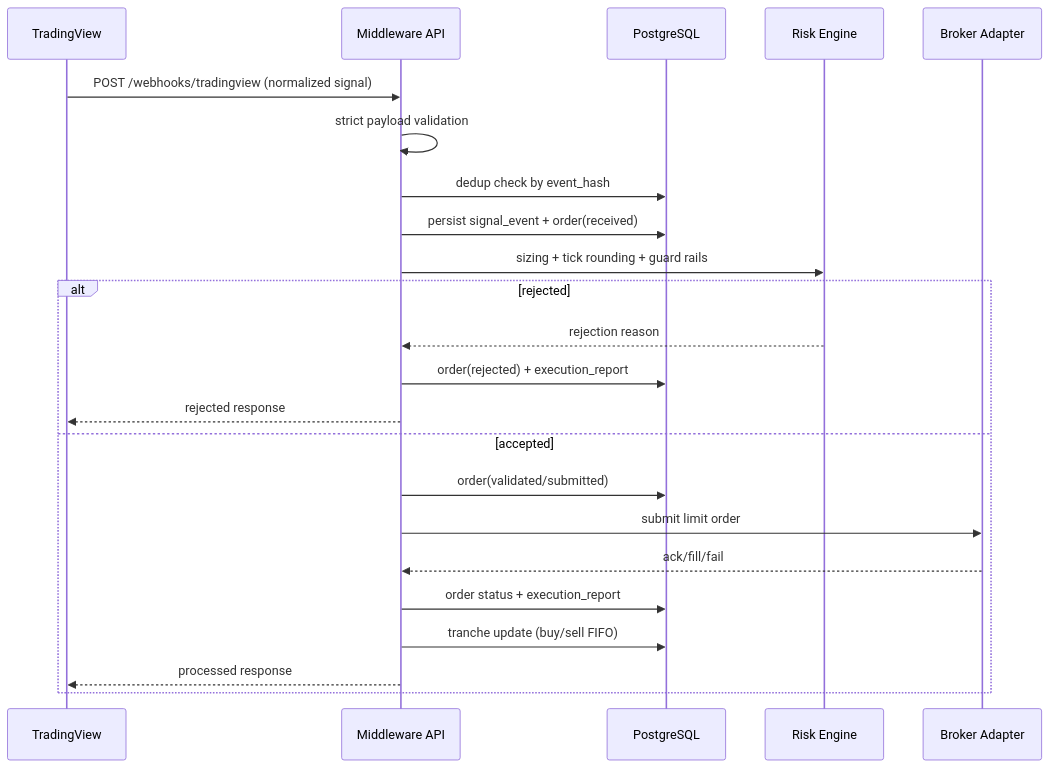
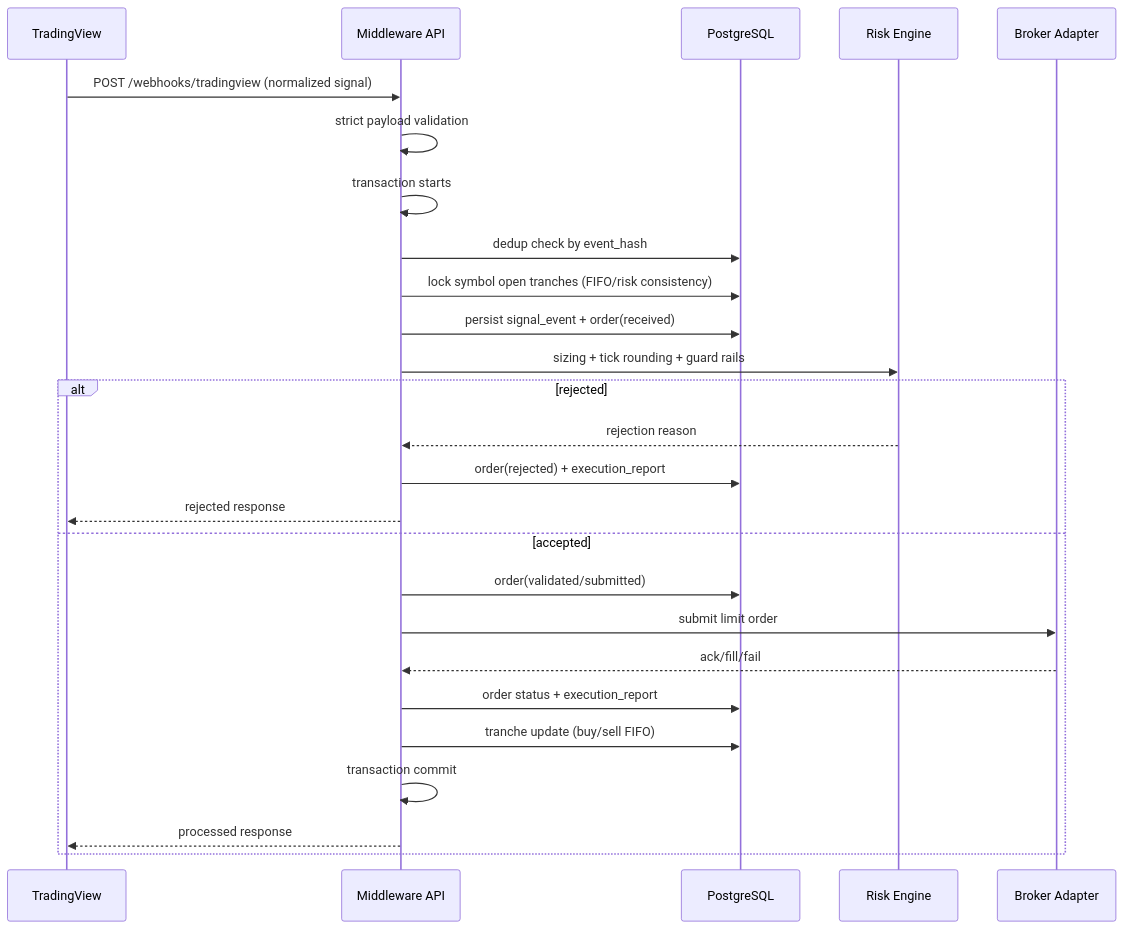
The diagram in middleware/README.md (Rapto0/Rapot), drawn with Mermaid before and after one commit. The commit also changed other lines of this file and 19 other files, not shown here.

````diff
--- a/middleware/README.md
+++ b/middleware/README.md
@@ -27,26 +27,29 @@
 ```mermaid
 sequenceDiagram
   participant TV as TradingView
   participant API as Middleware API
   participant DB as PostgreSQL
   participant RISK as Risk Engine
   participant BRK as Broker Adapter
 
   TV->>API: POST /webhooks/tradingview (normalized signal)
   API->>API: strict payload validation
+  API->>API: transaction starts
   API->>DB: dedup check by event_hash
+  API->>DB: lock symbol open tranches (FIFO/risk consistency)
   API->>DB: persist signal_event + order(received)
   API->>RISK: sizing + tick rounding + guard rails
   alt rejected
     RISK-->>API: rejection reason
     API->>DB: order(rejected) + execution_report
     API-->>TV: rejected response
   else accepted
     API->>DB: order(validated/submitted)
     API->>BRK: submit limit order
     BRK-->>API: ack/fill/fail
     API->>DB: order status + execution_report
     API->>DB: tranche update (buy/sell FIFO)
+    API->>API: transaction commit
     API-->>TV: processed response
   end
 ```
````
